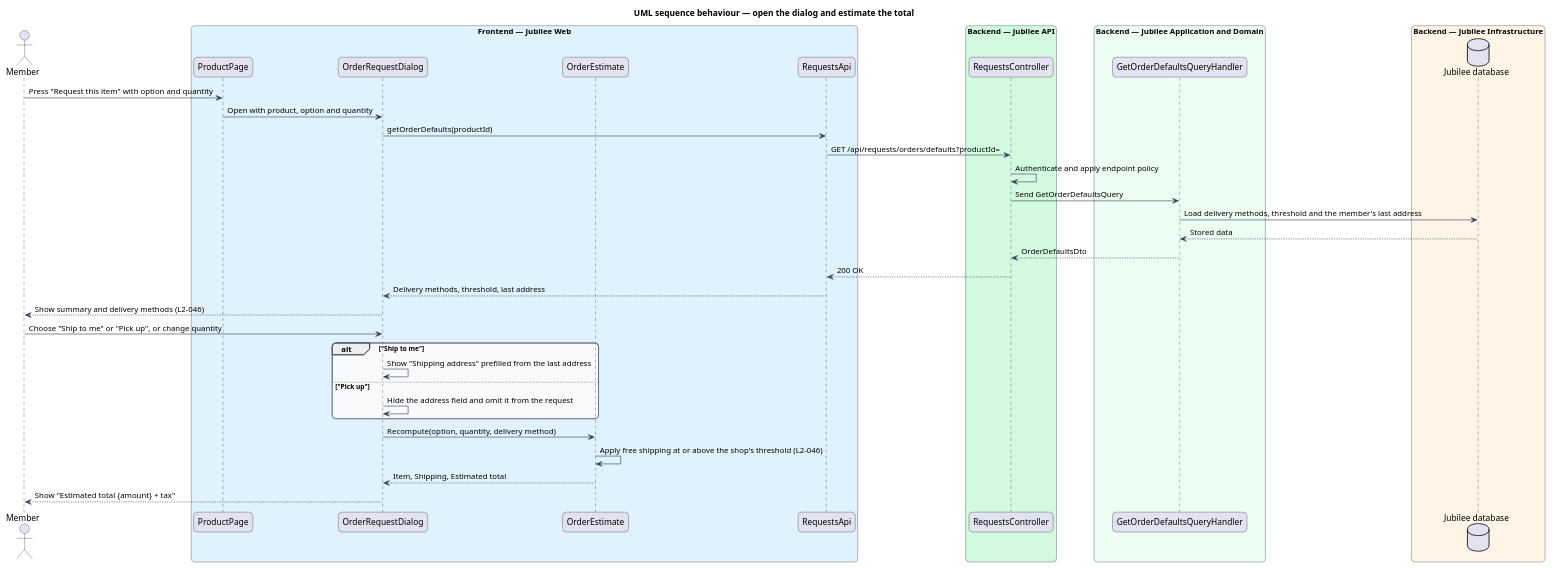
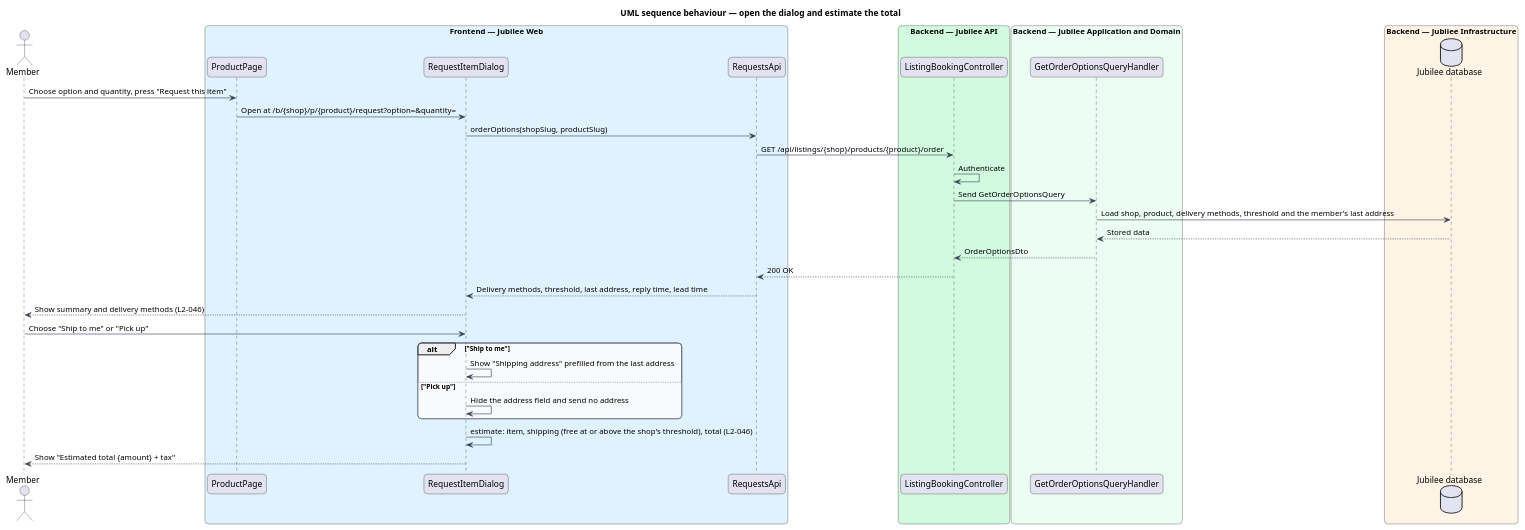
Before and after one commit to QuinntyneBrown/jubilee: the diagram in docs/detailed-designs/requests/request-item/diagrams/sequence-open-order-dialog.puml, drawn with PlantUML. The commit also changed 12 other files, not shown here.

First line of the commit message:
Request a product: say who is told when an order is sent (L2-046 AC8) and bring the design in line with the code

```diff
--- a/docs/detailed-designs/requests/request-item/diagrams/sequence-open-order-dialog.puml
+++ b/docs/detailed-designs/requests/request-item/diagrams/sequence-open-order-dialog.puml
@@ -1,55 +1,52 @@
 @startuml
 title UML sequence behaviour — open the dialog and estimate the total
 skinparam backgroundColor #FFFFFF
 skinparam shadowing false
 skinparam roundcorner 12
 skinparam defaultFontName Arial
 skinparam ArrowColor #344054
 skinparam rectangle {
   BorderColor #344054
   FontColor #101828
 }
 skinparam package {
   BorderColor #667085
   FontColor #101828
   BackgroundColor #F9FAFB
 }
 actor "Member" as actor
 box "Frontend — Jubilee Web" #E0F2FE
   participant "ProductPage" as page
-  participant "OrderRequestDialog" as dialog
-  participant "OrderEstimate" as est
+  participant "RequestItemDialog" as dialog
   participant "RequestsApi" as client
 end box
 box "Backend — Jubilee API" #D1FADF
-  participant "RequestsController" as controller
+  participant "ListingBookingController" as controller
 end box
 box "Backend — Jubilee Application and Domain" #ECFDF3
-  participant "GetOrderDefaultsQueryHandler" as handler
+  participant "GetOrderOptionsQueryHandler" as handler
 end box
 box "Backend — Jubilee Infrastructure" #FFF4E5
   database "Jubilee database" as db
 end box
-actor -> page : Press "Request this item" with option and quantity
-page -> dialog : Open with product, option and quantity
-dialog -> client : getOrderDefaults(productId)
-client -> controller : GET /api/requests/orders/defaults?productId=
-controller -> controller : Authenticate and apply endpoint policy
-controller -> handler : Send GetOrderDefaultsQuery
-handler -> db : Load delivery methods, threshold and the member's last address
+actor -> page : Choose option and quantity, press "Request this item"
+page -> dialog : Open at /b/{shop}/p/{product}/request?option=&quantity=
+dialog -> client : orderOptions(shopSlug, productSlug)
+client -> controller : GET /api/listings/{shop}/products/{product}/order
+controller -> controller : Authenticate
+controller -> handler : Send GetOrderOptionsQuery
+handler -> db : Load shop, product, delivery methods, threshold and the member's last address
 db --> handler : Stored data
-handler --> controller : OrderDefaultsDto
+handler --> controller : OrderOptionsDto
 controller --> client : 200 OK
-client --> dialog : Delivery methods, threshold, last address
+client --> dialog : Delivery methods, threshold, last address, reply time, lead time
 dialog --> actor : Show summary and delivery methods (L2-046)
-actor -> dialog : Choose "Ship to me" or "Pick up", or change quantity
+actor -> dialog : Choose "Ship to me" or "Pick up"
 alt "Ship to me"
   dialog -> dialog : Show "Shipping address" prefilled from the last address
 else "Pick up"
-  dialog -> dialog : Hide the address field and omit it from the request
+  dialog -> dialog : Hide the address field and send no address
 end
-dialog -> est : Recompute(option, quantity, delivery method)
-est -> est : Apply free shipping at or above the shop's threshold (L2-046)
-est --> dialog : Item, Shipping, Estimated total
+dialog -> dialog : estimate: item, shipping (free at or above the shop's threshold), total (L2-046)
 dialog --> actor : Show "Estimated total {amount} + tax"
 @enduml
```
